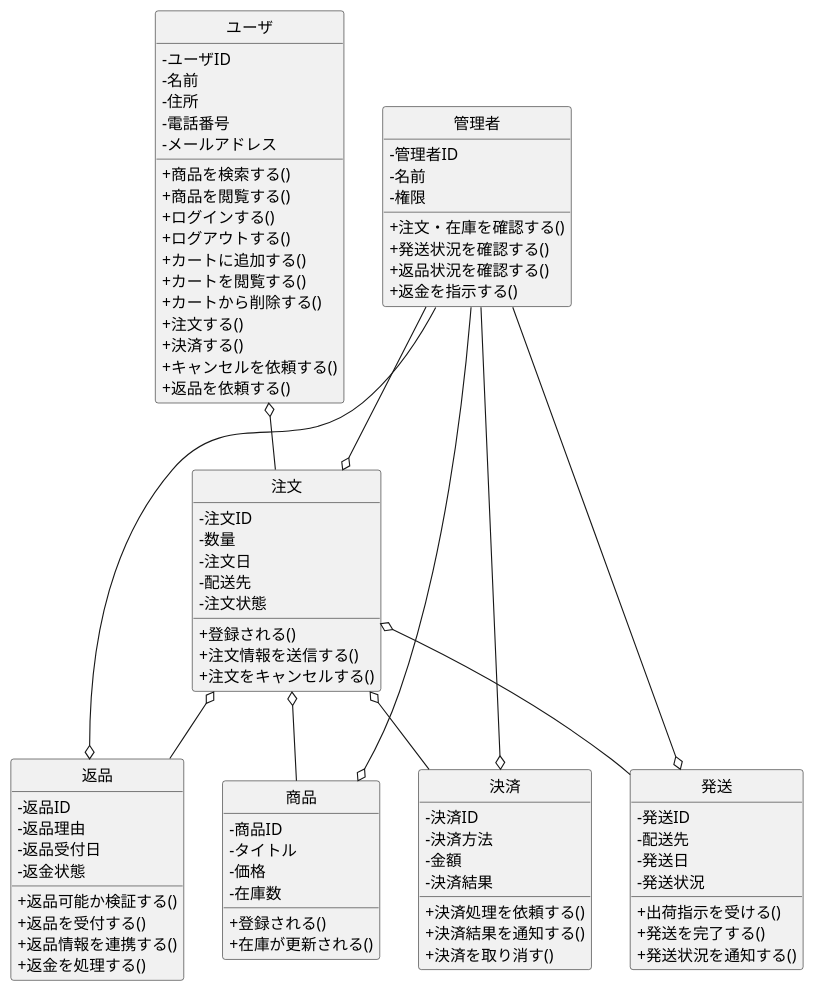
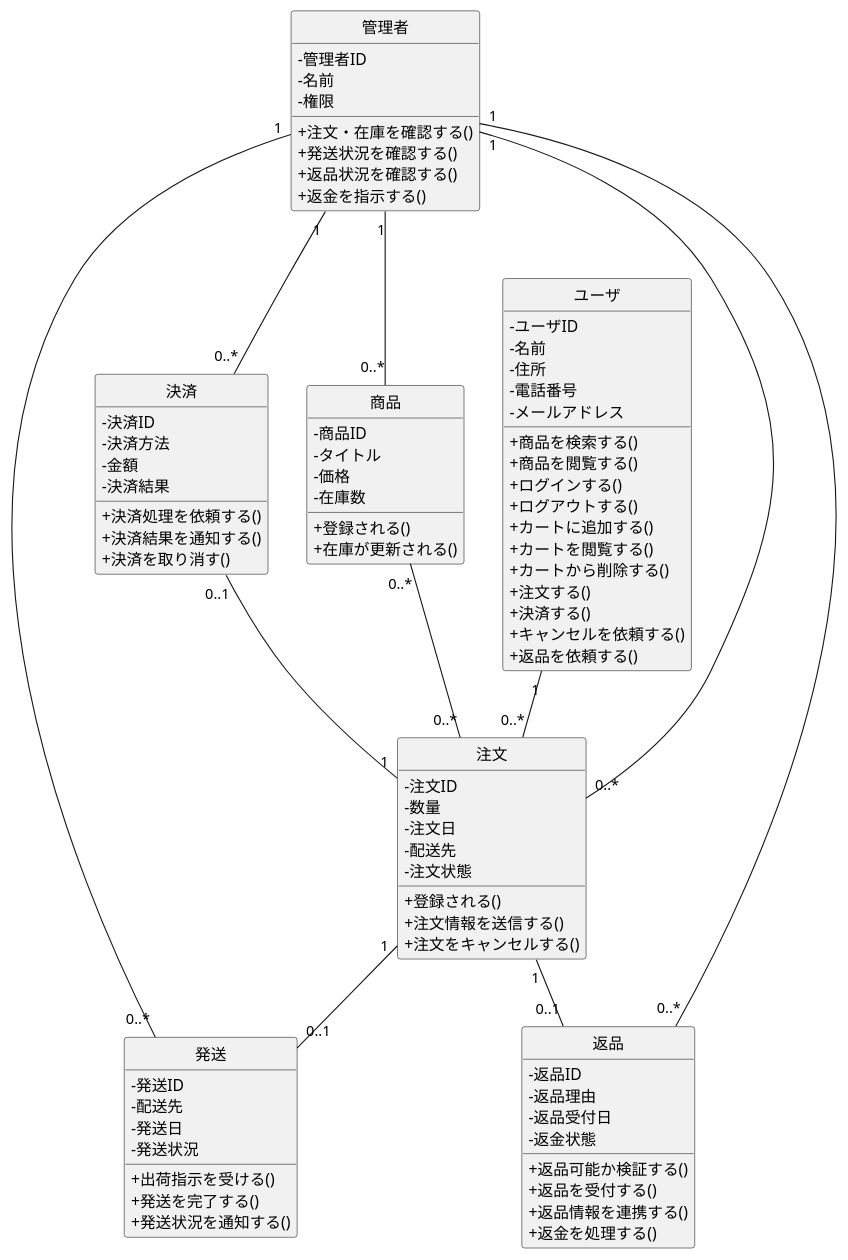
Before and after one commit to ghbuser12/ohara_uml: the diagram in BBshop/class.pu, drawn with PlantUML.

```diff
--- a/BBshop/class.pu
+++ b/BBshop/class.pu
@@ -1,104 +1,109 @@
 @startuml ECサイトクラス図
 skinparam classAttributeIconSize 0
 hide circle
 
 class ユーザ {
- -ユーザID
- -名前
- -住所
- -電話番号
- -メールアドレス
+  - ユーザID
+  - 名前
+  - 住所
+  - 電話番号
+  - メールアドレス
 
- +商品を検索する()
- +商品を閲覧する()
- +ログインする()
- +ログアウトする()
- +カートに追加する()
- +カートを閲覧する()
- +カートから削除する()
- +注文する()
- +決済する()
- +キャンセルを依頼する()
- +返品を依頼する()
+  + 商品を検索する()
+  + 商品を閲覧する()
+  + ログインする()
+  + ログアウトする()
+  + カートに追加する()
+  + カートを閲覧する()
+  + カートから削除する()
+  + 注文する()
+  + 決済する()
+  + キャンセルを依頼する()
+  + 返品を依頼する()
 }
 
 class 商品 {
- -商品ID
- -タイトル
- -価格
- -在庫数
+  - 商品ID
+  - タイトル
+  - 価格
+  - 在庫数
 
- +登録される()
- +在庫が更新される()
+  + 登録される()
+  + 在庫が更新される()
 }
 
 class 注文 {
- -注文ID
- -数量
- -注文日
- -配送先
- -注文状態
+  - 注文ID
+  - 数量
+  - 注文日
+  - 配送先
+  - 注文状態
 
- +登録される()
- +注文情報を送信する()
- +注文をキャンセルする()
+  + 登録される()
+  + 注文情報を送信する()
+  + 注文をキャンセルする()
 }
 
 class 決済 {
- -決済ID
- -決済方法
- -金額
- -決済結果
+  - 決済ID
+  - 決済方法
+  - 金額
+  - 決済結果
 
- +決済処理を依頼する()
- +決済結果を通知する()
- +決済を取り消す()
+  + 決済処理を依頼する()
+  + 決済結果を通知する()
+  + 決済を取り消す()
 }
 
 class 発送 {
- -発送ID
- -配送先
- -発送日
- -発送状況
+  - 発送ID
+  - 配送先
+  - 発送日
+  - 発送状況
 
- +出荷指示を受ける()
- +発送を完了する()
- +発送状況を通知する()
+  + 出荷指示を受ける()
+  + 発送を完了する()
+  + 発送状況を通知する()
 }
 
 class 返品 {
- -返品ID
- -返品理由
- -返品受付日
- -返金状態
+  - 返品ID
+  - 返品理由
+  - 返品受付日
+  - 返金状態
 
- +返品可能か検証する()
- +返品を受付する()
- +返品情報を連携する()
- +返金を処理する()
+  + 返品可能か検証する()
+  + 返品を受付する()
+  + 返品情報を連携する()
+  + 返金を処理する()
 }
 
 class 管理者 {
- -管理者ID
- -名前
- -権限
+  - 管理者ID
+  - 名前
+  - 権限
 
- +注文・在庫を確認する()
- +発送状況を確認する()
- +返品状況を確認する()
- +返金を指示する()
+  + 注文・在庫を確認する()
+  + 発送状況を確認する()
+  + 返品状況を確認する()
+  + 返金を指示する()
 }
 
-' 関連
-ユーザ o-- 注文
-注文 o-- 商品
-注文 o-- 決済
-注文 o-- 発送
-注文 o-- 返品
-管理者 --o 商品
-管理者 --o 注文
-管理者 --o 発送
-管理者 --o 返品
-管理者 --o 決済
+' 関連（多重度を追加）
+ユーザ "1" -- "0..*" 注文
+
+商品 "0..*" -- "0..*" 注文
+
+決済 "0..1" -- "1" 注文
+
+注文 "1" -- "0..1" 発送
+
+注文 "1" -- "0..1" 返品
+
+管理者 "1" -- "0..*" 商品
+管理者 "1" -- "0..*" 注文
+管理者 "1" -- "0..*" 発送
+管理者 "1" -- "0..*" 返品
+管理者 "1" -- "0..*" 決済
 
 @enduml
```
